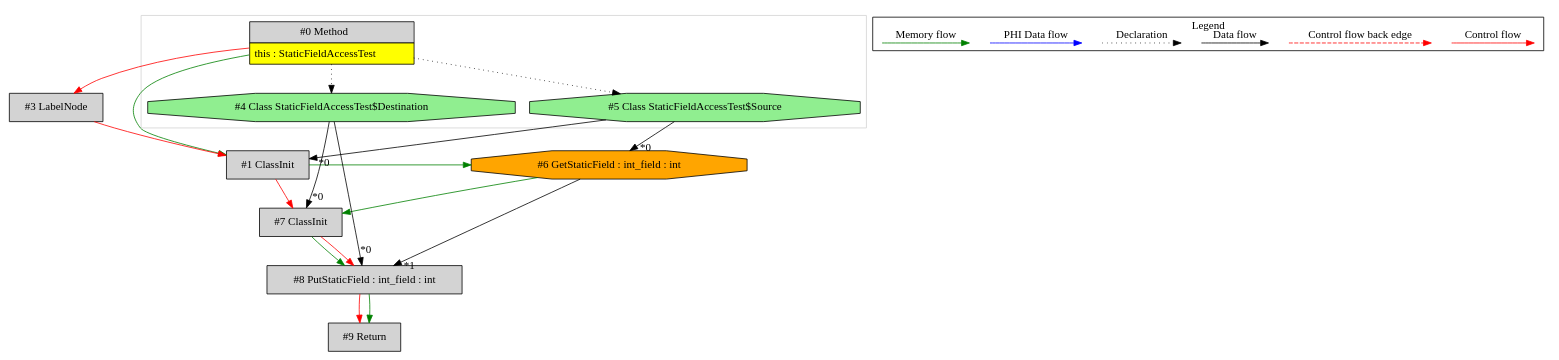
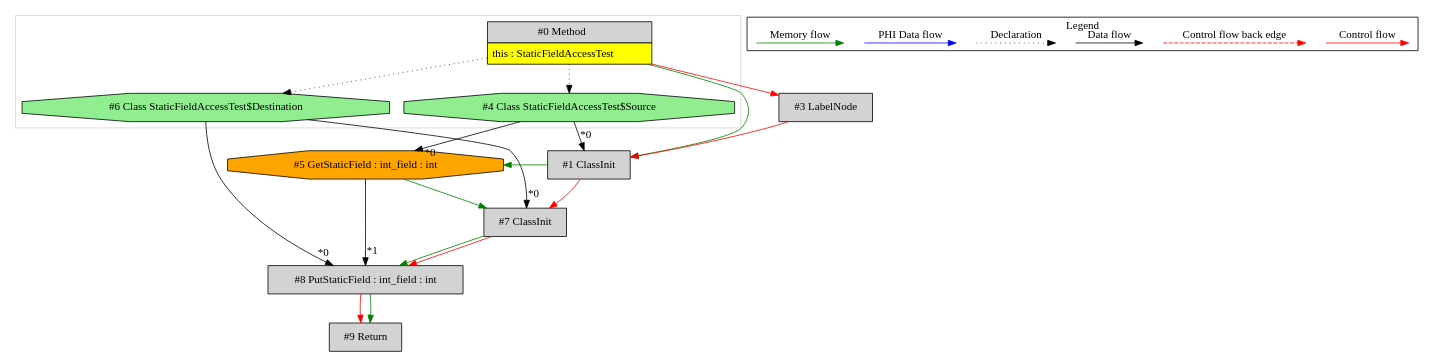
The diagram in de.mirkosertic.metair.ir.examples.StaticFieldAccessTest/copy_int/ir.dot (mirkosertic/MetaIR), drawn with Graphviz before and after one commit. The commit also changed 1410 other files, not shown here.

```diff
--- a/de.mirkosertic.metair.ir.examples.StaticFieldAccessTest/copy_int/ir.dot
+++ b/de.mirkosertic.metair.ir.examples.StaticFieldAccessTest/copy_int/ir.dot
@@ -1,60 +1,60 @@
 digraph {
  node0[margin="0", label=<<table border="0" cellborder="1" cellspacing="0" cellpadding="5"><tr><td colspan="1">#0 Method</td></tr><tr><td port="prj2" bgcolor="yellow">this : StaticFieldAccessTest</td></tr></table>>,shape=none, fillcolor=lightgrey, style=filled];
+ node6[label="#6 Class StaticFieldAccessTest$Destination",shape=octagon, fillcolor=lightgreen, style=filled];
+ node0 -> node6[style=dotted];
+ node8[label="#8 PutStaticField : int_field : int",shape=box, fillcolor=lightgrey, style=filled];
+ node6 -> node8[headlabel="*0", labeldistance=2];
+ node5 -> node8[headlabel="*1", labeldistance=2];
+ node7 -> node8[labeldistance=2, color=green, constraint=false];
+ node7 -> node8[labeldistance=2, color=red, fontcolor=red];
+ node7[label="#7 ClassInit",shape=box, fillcolor=lightgrey, style=filled];
+ node6 -> node7[headlabel="*0", labeldistance=2];
+ node5 -> node7[labeldistance=2, color=green, constraint=false];
+ node1 -> node7[labeldistance=2, color=red, fontcolor=red];
  node1[label="#1 ClassInit",shape=box, fillcolor=lightgrey, style=filled];
- node5 -> node1[headlabel="*0", labeldistance=2];
+ node4 -> node1[headlabel="*0", labeldistance=2];
  node0 -> node1[labeldistance=2, color=green, constraint=false];
  node3 -> node1[labeldistance=2, color=red, fontcolor=red];
  node3[label="#3 LabelNode",shape=box, fillcolor=lightgrey, style=filled];
  node0 -> node3[labeldistance=2, color=red, fontcolor=red];
- node5[label="#5 Class StaticFieldAccessTest$Source",shape=octagon, fillcolor=lightgreen, style=filled];
- node0 -> node5[style=dotted];
- node6[label="#6 GetStaticField : int_field : int",shape=octagon, fillcolor=orange, style=filled];
- node5 -> node6[headlabel="*0", labeldistance=2];
- node1 -> node6[labeldistance=2, color=green, constraint=false];
- node7[label="#7 ClassInit",shape=box, fillcolor=lightgrey, style=filled];
- node4 -> node7[headlabel="*0", labeldistance=2];
- node6 -> node7[labeldistance=2, color=green, constraint=false];
- node1 -> node7[labeldistance=2, color=red, fontcolor=red];
- node4[label="#4 Class StaticFieldAccessTest$Destination",shape=octagon, fillcolor=lightgreen, style=filled];
+ node4[label="#4 Class StaticFieldAccessTest$Source",shape=octagon, fillcolor=lightgreen, style=filled];
  node0 -> node4[style=dotted];
- node8[label="#8 PutStaticField : int_field : int",shape=box, fillcolor=lightgrey, style=filled];
- node4 -> node8[headlabel="*0", labeldistance=2];
- node6 -> node8[headlabel="*1", labeldistance=2];
- node7 -> node8[labeldistance=2, color=green, constraint=false];
- node7 -> node8[labeldistance=2, color=red, fontcolor=red];
+ node5[label="#5 GetStaticField : int_field : int",shape=octagon, fillcolor=orange, style=filled];
+ node4 -> node5[headlabel="*0", labeldistance=2];
+ node1 -> node5[labeldistance=2, color=green, constraint=false];
  node9[label="#9 Return",shape=box, fillcolor=lightgrey, style=filled];
  node8 -> node9[labeldistance=2, color=red, fontcolor=red];
  node8 -> node9[labeldistance=2, color=green, constraint=false];
  subgraph cluster_0 {
   color=lightgray;
   node0;
   node4;
-  node5;
+  node6;
  }
  subgraph cluster_000 {
   label = "Legend";
   node [shape=point]
   {
    rank=same;
    c0 [style = invis];
    c1 [style = invis];
    c2 [style = invis];
    c3 [style = invis];
    d0 [style = invis];
    d1 [style = invis];
    d2 [style = invis];
    d3 [style = invis];
    d4 [style = invis];
    d5 [style = invis];
    d6 [style = invis];
    d7 [style = invis];
   }
   c0 -> c1 [label="Control flow", style=solid, color=red]
   c2 -> c3 [label="Control flow back edge", style=dashed, color=red]
   d0 -> d1 [label="Data flow"]
   d2 -> d3 [label="Declaration", style=dotted]
   d4 -> d5 [label="PHI Data flow", color=blue]
   d6 -> d7 [label="Memory flow", color=green]
  }
 
 }
```
